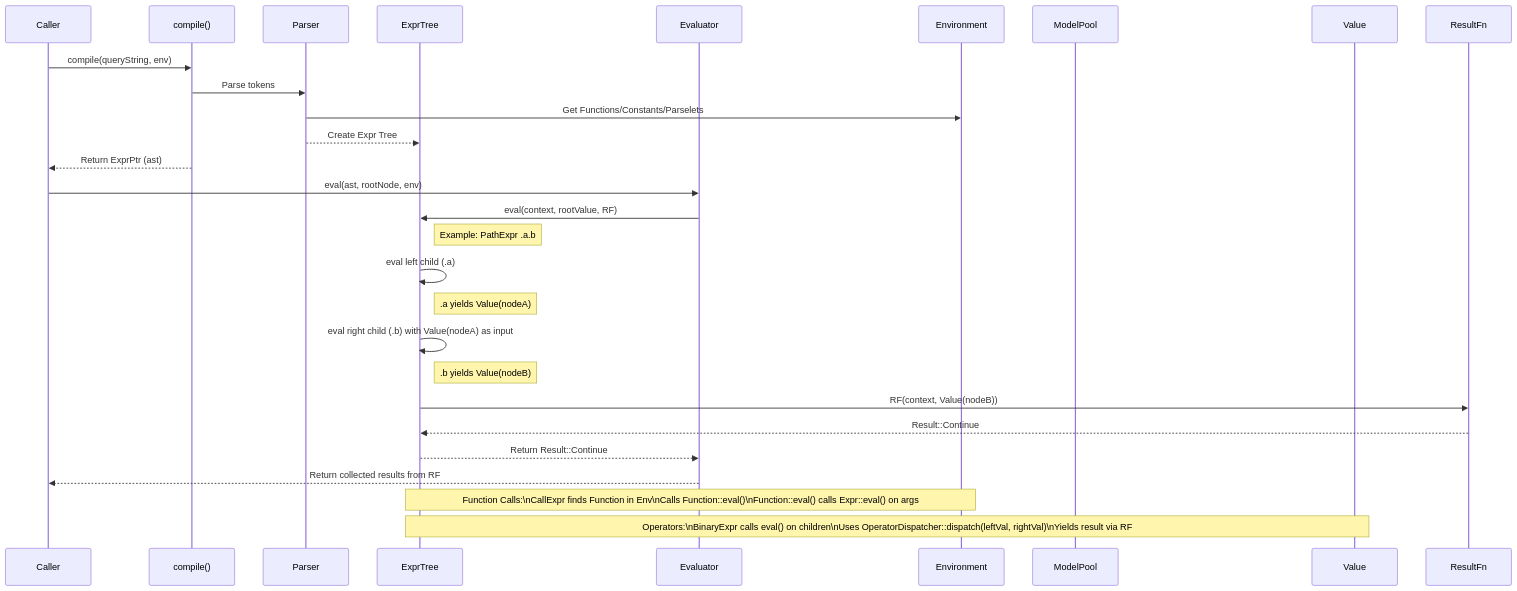
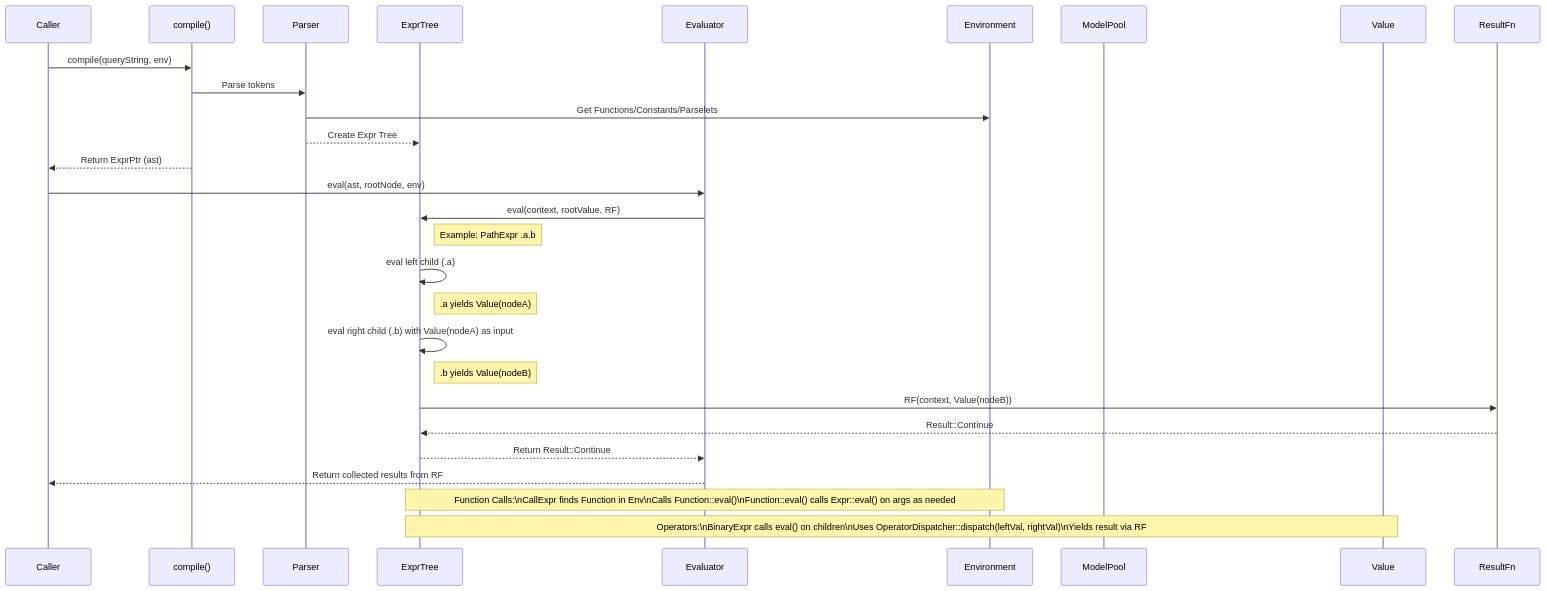
Before and after one commit to Klebert-Engineering/simfil: the third of 3 diagrams in doc/developer_guide.md, drawn with Mermaid. The commit also changed other lines of this file, not shown here.

````diff
--- a/doc/developer_guide.md
+++ b/doc/developer_guide.md
@@ -243,33 +308,33 @@
 ```mermaid
 sequenceDiagram
     participant C as Caller
     participant Compiler as compile()
     participant P as Parser
     participant AST as ExprTree
     participant E as Evaluator # eval()
     participant Env as Environment
     participant M as ModelPool
     participant V as Value
     participant RF as ResultFn
 
     C->>Compiler: compile(queryString, env)
     Compiler->>P: Parse tokens
     P->>Env: Get Functions/Constants/Parselets
     P-->>AST: Create Expr Tree
     Compiler-->>C: Return ExprPtr (ast)
 
     C->>E: eval(ast, rootNode, env)
     E->>AST: eval(context, rootValue, RF)
     Note right of AST: Example: PathExpr .a.b
     AST->>AST: eval left child (.a)
     Note right of AST: .a yields Value(nodeA)
     AST->>AST: eval right child (.b) with Value(nodeA) as input
     Note right of AST: .b yields Value(nodeB)
     AST->>RF: RF(context, Value(nodeB))
     RF-->>AST: Result::Continue
     AST-->>E: Return Result::Continue
     E-->>C: Return collected results from RF
 
-    Note over AST,Env: Function Calls:\nCallExpr finds Function in Env\nCalls Function::eval()\nFunction::eval() calls Expr::eval() on args
+    Note over AST,Env: Function Calls:\nCallExpr finds Function in Env\nCalls Function::eval()\nFunction::eval() calls Expr::eval() on args as needed
     Note over AST,V: Operators:\nBinaryExpr calls eval() on children\nUses OperatorDispatcher::dispatch(leftVal, rightVal)\nYields result via RF
 ```
````
